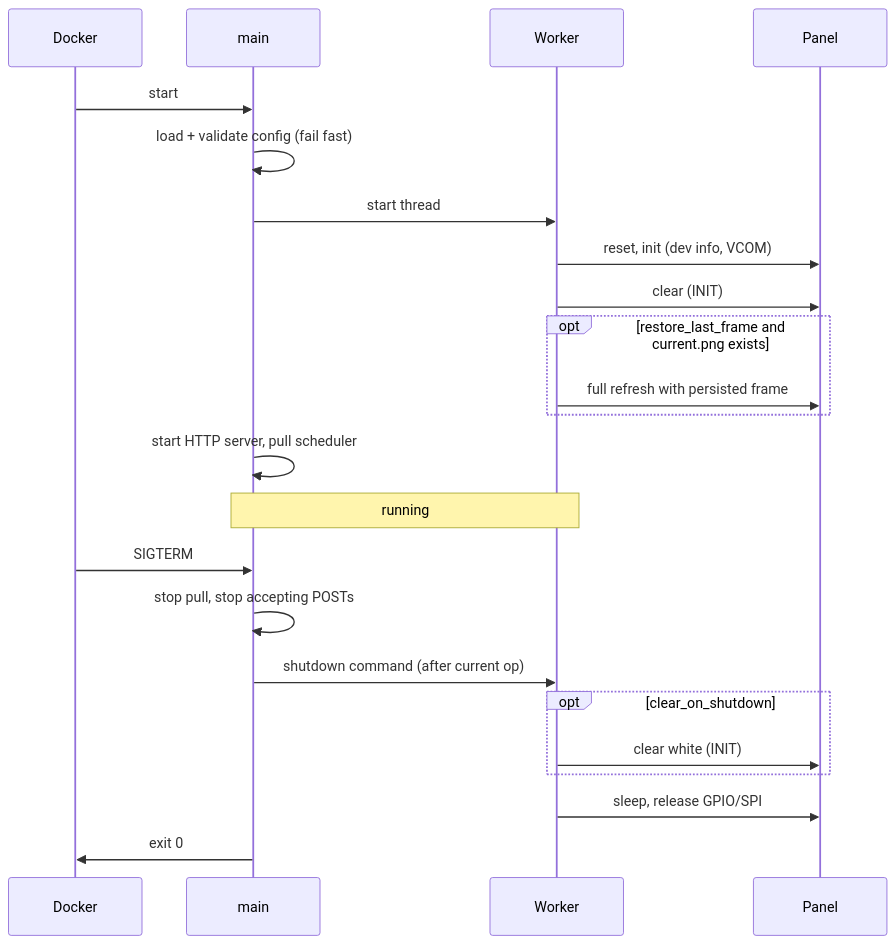
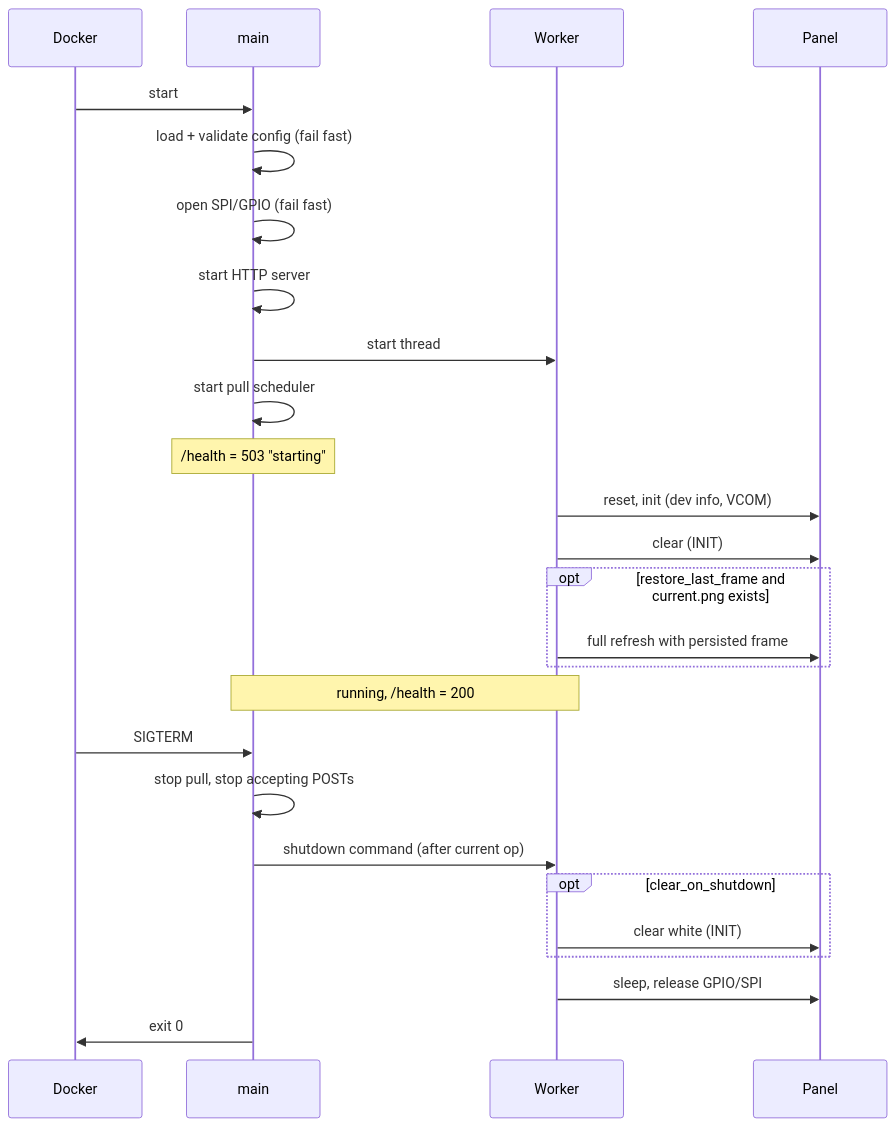
One commit to stefans22/trmnl-it8951-bridge changed the fifth of 7 diagrams in docs/design.md. Above: the diagram before and after it, drawn with Mermaid. The commit also changed other lines of this file and 45 other files, not shown here.

````diff
--- a/docs/design.md
+++ b/docs/design.md
@@ -235,25 +237,28 @@
 ```mermaid
 sequenceDiagram
     participant D as Docker
     participant M as main
     participant W as Worker
     participant P as Panel
     D->>M: start
     M->>M: load + validate config (fail fast)
+    M->>M: open SPI/GPIO (fail fast)
+    M->>M: start HTTP server
     M->>W: start thread
+    M->>M: start pull scheduler
+    Note over M: /health = 503 "starting"
     W->>P: reset, init (dev info, VCOM)
     W->>P: clear (INIT)
     opt restore_last_frame and current.png exists
         W->>P: full refresh with persisted frame
     end
-    M->>M: start HTTP server, pull scheduler
-    Note over M,W: running
+    Note over M,W: running, /health = 200
     D->>M: SIGTERM
     M->>M: stop pull, stop accepting POSTs
     M->>W: shutdown command (after current op)
     opt clear_on_shutdown
         W->>P: clear white (INIT)
     end
     W->>P: sleep, release GPIO/SPI
     M->>D: exit 0
 ```
````
